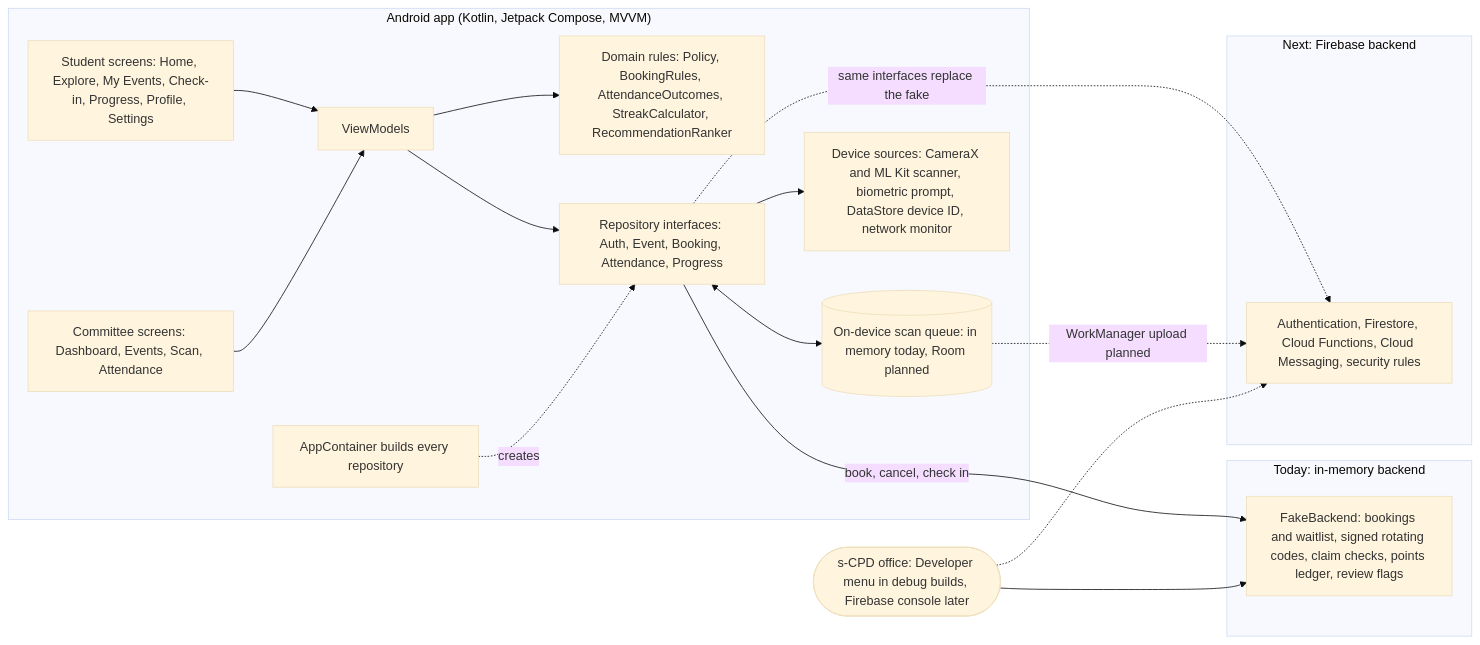
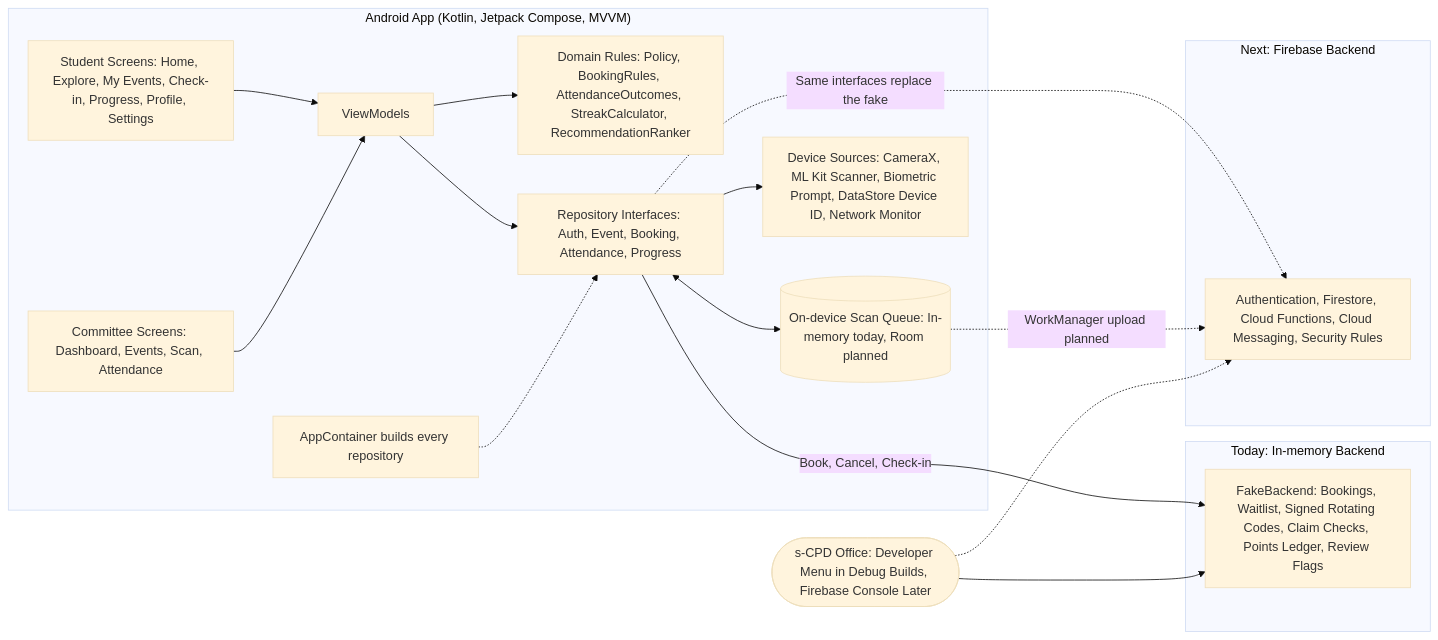
Before and after one commit to k31k1w0n9/Group-M-sCPD-Tracker: the first of 2 diagrams in docs/part2/6-changes-since-part1.md, drawn with Mermaid (base theme).

Commit message:
updated mermaid structure

````diff
--- a/docs/part2/6-changes-since-part1.md
+++ b/docs/part2/6-changes-since-part1.md
@@ -49,32 +49,37 @@
 ```mermaid
 flowchart LR
-  subgraph Device["Android app (Kotlin, Jetpack Compose, MVVM)"]
-    UIS["Student screens: Home, Explore, My Events, Check-in, Progress, Profile, Settings"]
-    UIC["Committee screens: Dashboard, Events, Scan, Attendance"]
+  subgraph Device["Android App (Kotlin, Jetpack Compose, MVVM)"]
+    UIS["Student Screens: Home, Explore, My Events, Check-in, Progress, Profile, Settings"]
+    UIC["Committee Screens: Dashboard, Events, Scan, Attendance"]
     VM["ViewModels"]
-    Dom["Domain rules: Policy, BookingRules, AttendanceOutcomes, StreakCalculator, RecommendationRanker"]
-    Repo["Repository interfaces: Auth, Event, Booking, Attendance, Progress"]
-    Queue[("On-device scan queue: in memory today, Room planned")]
-    Sys["Device sources: CameraX and ML Kit scanner, biometric prompt, DataStore device ID, network monitor"]
+    Dom["Domain Rules: Policy, BookingRules, AttendanceOutcomes, StreakCalculator, RecommendationRanker"]
+    Repo["Repository Interfaces: Auth, Event, Booking, Attendance, Progress"]
+    Queue[("On-device Scan Queue: In-memory today, Room planned")]
+    Sys["Device Sources: CameraX, ML Kit Scanner, Biometric Prompt, DataStore Device ID, Network Monitor"]
     DI["AppContainer builds every repository"]
+
     UIS --> VM
     UIC --> VM
     VM --> Dom
     VM --> Repo
     Repo <--> Queue
     Repo --> Sys
-    DI -.->|creates| Repo
+    DI -.-> Repo
   end
-  subgraph Today["Today: in-memory backend"]
-    Fake["FakeBackend: bookings and waitlist, signed rotating codes, claim checks, points ledger, review flags"]
+
+  subgraph Today["Today: In-memory Backend"]
+    Fake["FakeBackend: Bookings, Waitlist, Signed Rotating Codes, Claim Checks, Points Ledger, Review Flags"]
   end
-  subgraph Later["Next: Firebase backend"]
-    FB["Authentication, Firestore, Cloud Functions, Cloud Messaging, security rules"]
+
+  subgraph Later["Next: Firebase Backend"]
+    FB["Authentication, Firestore, Cloud Functions, Cloud Messaging, Security Rules"]
   end
-  Office(["s-CPD office: Developer menu in debug builds, Firebase console later"])
-  Repo -->|book, cancel, check in| Fake
-  Repo -.->|same interfaces replace the fake| FB
+
+  Office(["s-CPD Office: Developer Menu in Debug Builds, Firebase Console Later"])
+
+  Repo -->|Book, Cancel, Check-in| Fake
+  Repo -.->|Same interfaces replace the fake| FB
   Queue -.->|WorkManager upload planned| FB
   Office --> Fake
   Office -.-> FB
 ```
````
